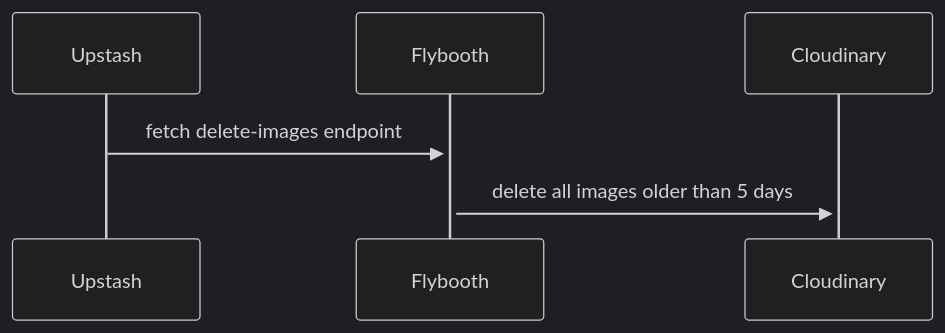
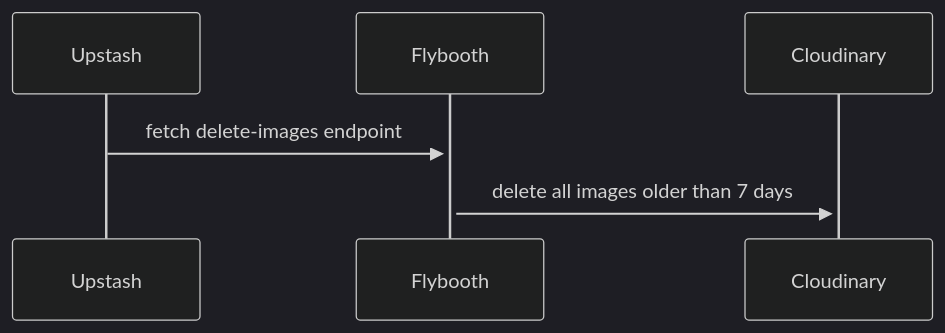
Before and after one commit to AlexisAnzieu/flybooth: the third of 3 diagrams in README.md, drawn with Mermaid (dark theme). The commit also changed other lines of this file and 9 other files, not shown here.

````diff
--- a/README.md
+++ b/README.md
@@ -111,5 +113,5 @@
 ```mermaid
 sequenceDiagram
     Upstash->>+Flybooth: fetch delete-images endpoint
-    Flybooth->>+Cloudinary: delete all images older than 5 days
+    Flybooth->>+Cloudinary: delete all images older than 7 days
 ```
````
